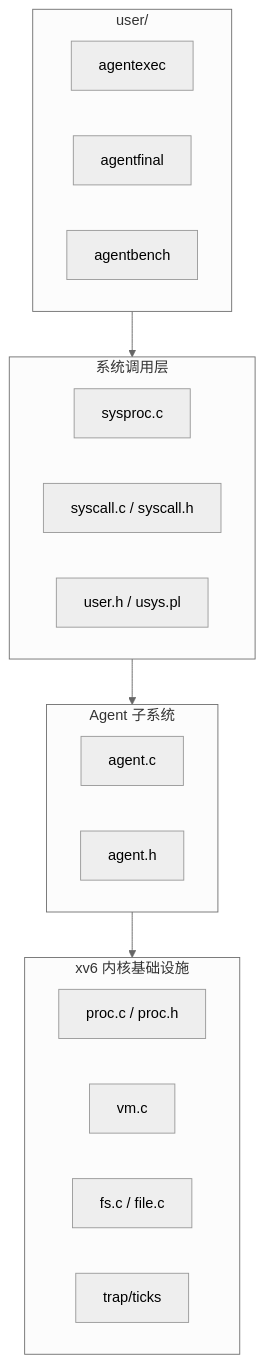
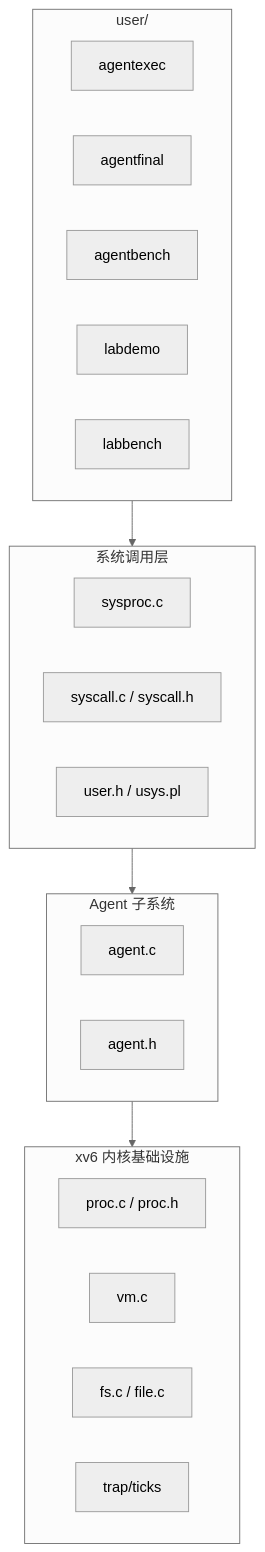
The second of 7 diagrams in docs/design.md (yushugulao/Agent-OS), drawn with Mermaid (neutral theme) before and after one commit. The commit also changed other lines of this file and 39 other files, not shown here.

````diff
--- a/docs/design.md
+++ b/docs/design.md
@@ -86,26 +91,28 @@
 ```mermaid
 flowchart TB
     subgraph User["user/"]
         A1["agentexec"]
         A2["agentfinal"]
         A3["agentbench"]
+        A4["labdemo"]
+        A5["labbench"]
     end
     subgraph Sys["系统调用层"]
         S1["sysproc.c"]
         S2["syscall.c / syscall.h"]
         S3["user.h / usys.pl"]
     end
     subgraph Agent["Agent 子系统"]
         K1["agent.c"]
         K2["agent.h"]
     end
     subgraph Kernel["xv6 内核基础设施"]
         P1["proc.c / proc.h"]
         V1["vm.c"]
         F1["fs.c / file.c"]
         T1["trap/ticks"]
     end
     User --> Sys
     Sys --> Agent
     Agent --> Kernel
 ```
````
